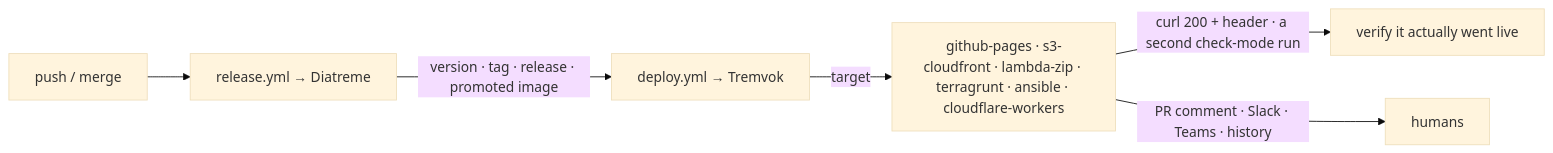
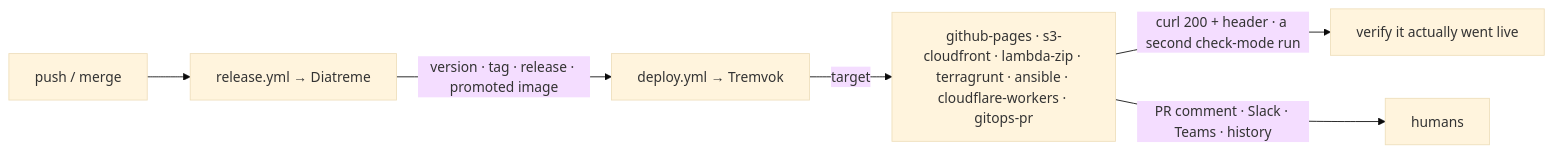
The diagram in docs/index.md (MagmaMoose/tremvok), drawn with Mermaid (base theme) before and after one commit. The commit also changed other lines of this file and 23 other files, not shown here.

First line of the commit message:
feat: gitops-pr target, deploys by pull request through kustomize overlays (#61)

````diff
--- a/docs/index.md
+++ b/docs/index.md
@@ -11,8 +11,8 @@
 ```mermaid
 flowchart LR
   A[push / merge] --> B[release.yml → Diatreme]
   B -->|version · tag · release · promoted image| C[deploy.yml → Tremvok]
-  C -->|target| D[github-pages · s3-cloudfront · lambda-zip · terragrunt · ansible · cloudflare-workers]
+  C -->|target| D[github-pages · s3-cloudfront · lambda-zip · terragrunt · ansible · cloudflare-workers · gitops-pr]
   D -->|curl 200 + header · a second check-mode run| E[verify it actually went live]
   D -->|PR comment · Slack · Teams · history| F[humans]
 ```
````
